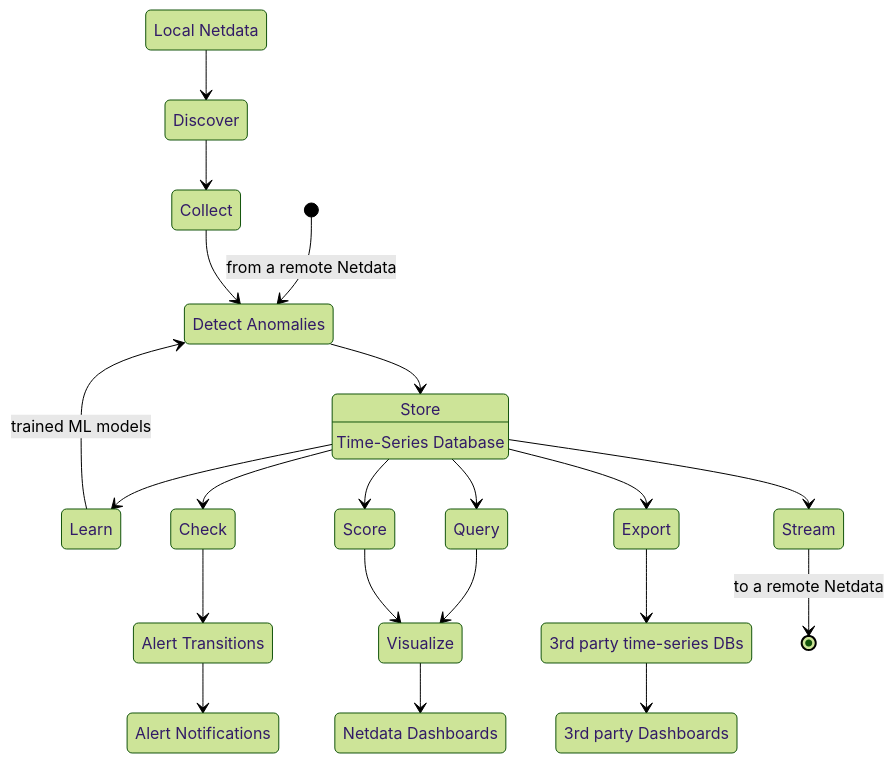
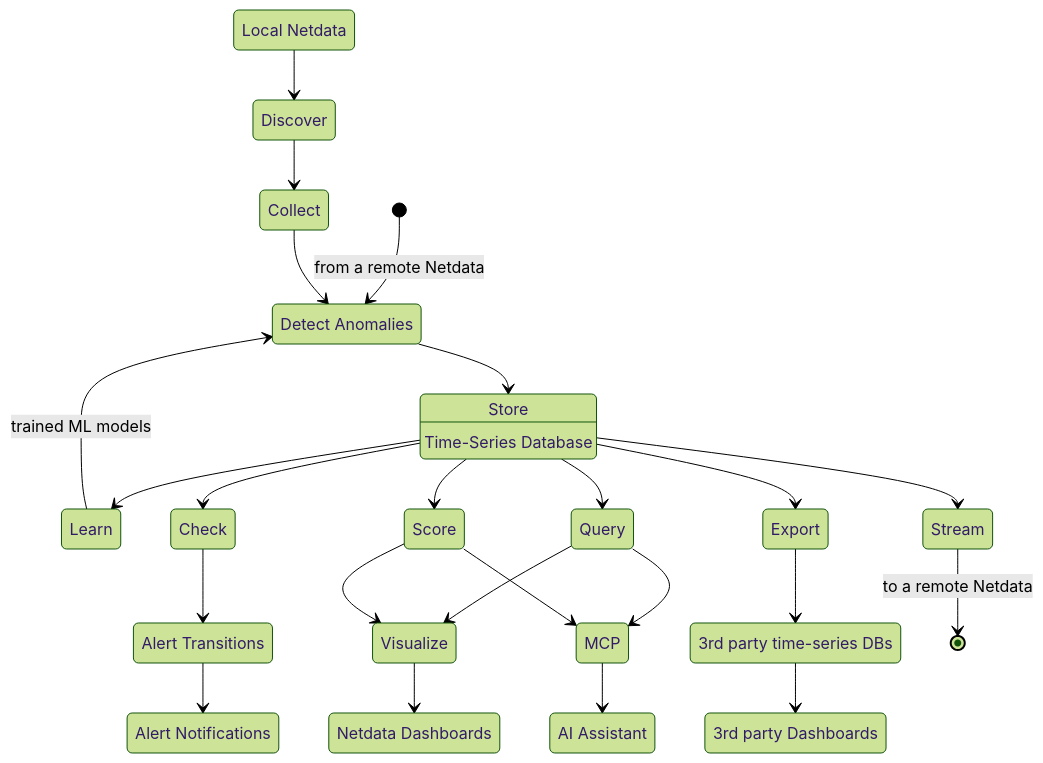
Before and after one commit to netdata/netdata: the diagram in docs/netdata-agent/README.md, drawn with Mermaid (forest theme).

````diff
--- a/docs/netdata-agent/README.md
+++ b/docs/netdata-agent/README.md
@@ -13,40 +13,45 @@
 ```mermaid
 stateDiagram-v2
     classDef userFeature fill:#f00,color:white,font-weight:bold,stroke-width:2px,stroke:yellow
     classDef usedByNC fill:#090,color:white,font-weight:bold,stroke-width:2px,stroke:yellow
     Local --> Discover
     Local: Local Netdata
     [*] --> Detect: from a remote Netdata
     Others: 3rd party time-series DBs
     Detect: Detect Anomalies
     Dashboard:::userFeature
     Dashboard: Netdata Dashboards
+    AIAssistant:::userFeature
+    AIAssistant: AI Assistant
     3rdDashboard:::userFeature
     3rdDashboard: 3rd party Dashboards
     Notifications:::userFeature
     Notifications: Alert Notifications
     Alerts: Alert Transitions
     Discover --> Collect
     Collect --> Detect
     Store: Store
     Store: Time-Series Database
     Detect --> Store
     Store --> Learn
     Store --> Check
     Store --> Query
     Store --> Score
     Store --> Stream
     Store --> Export
     Query --> Visualize
+    Query --> MCP
     Score --> Visualize
+    Score --> MCP
     Check --> Alerts
     Learn --> Detect: trained ML models
     Alerts --> Notifications
     Stream --> [*]: to a remote Netdata
     Export --> Others
     Others --> 3rdDashboard
     Visualize --> Dashboard
+    MCP --> AIAssistant
     Score:::usedByNC
     Query:::usedByNC
     Alerts:::usedByNC
 ```
````
